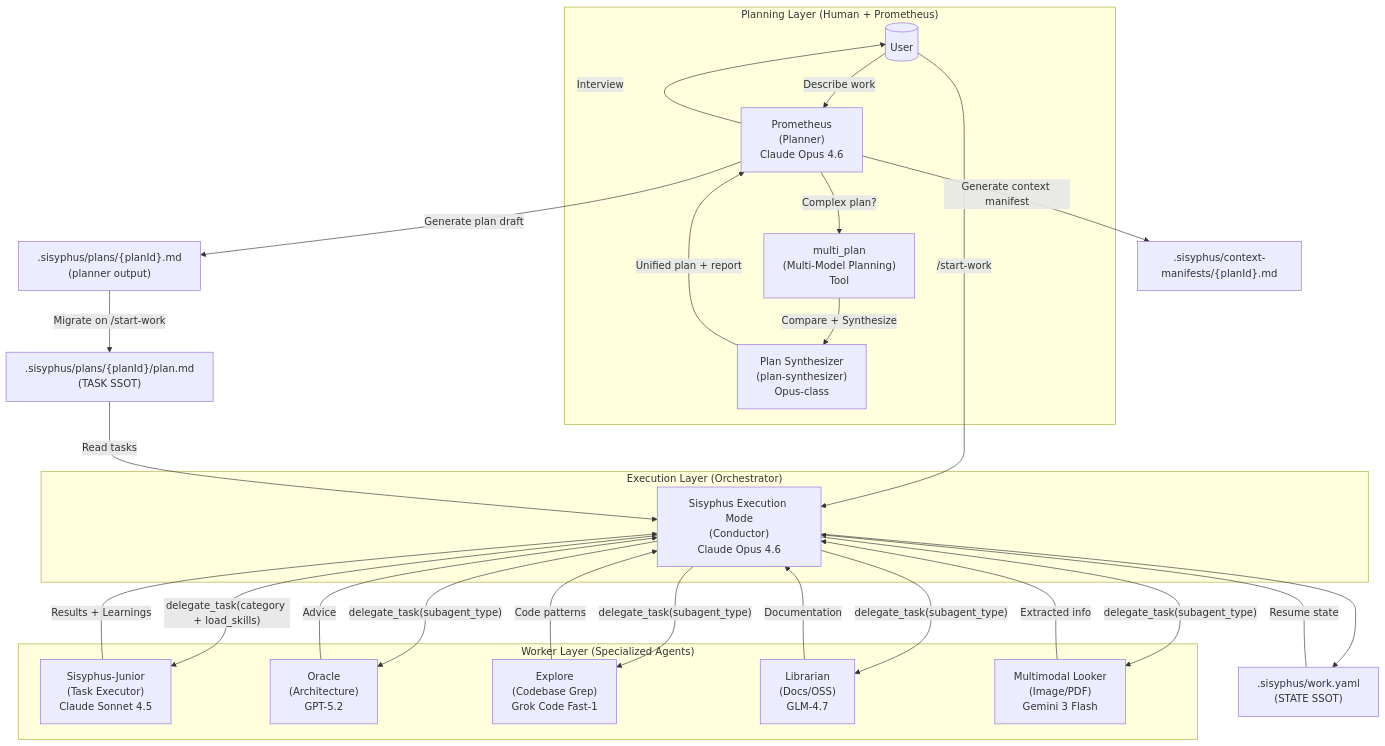
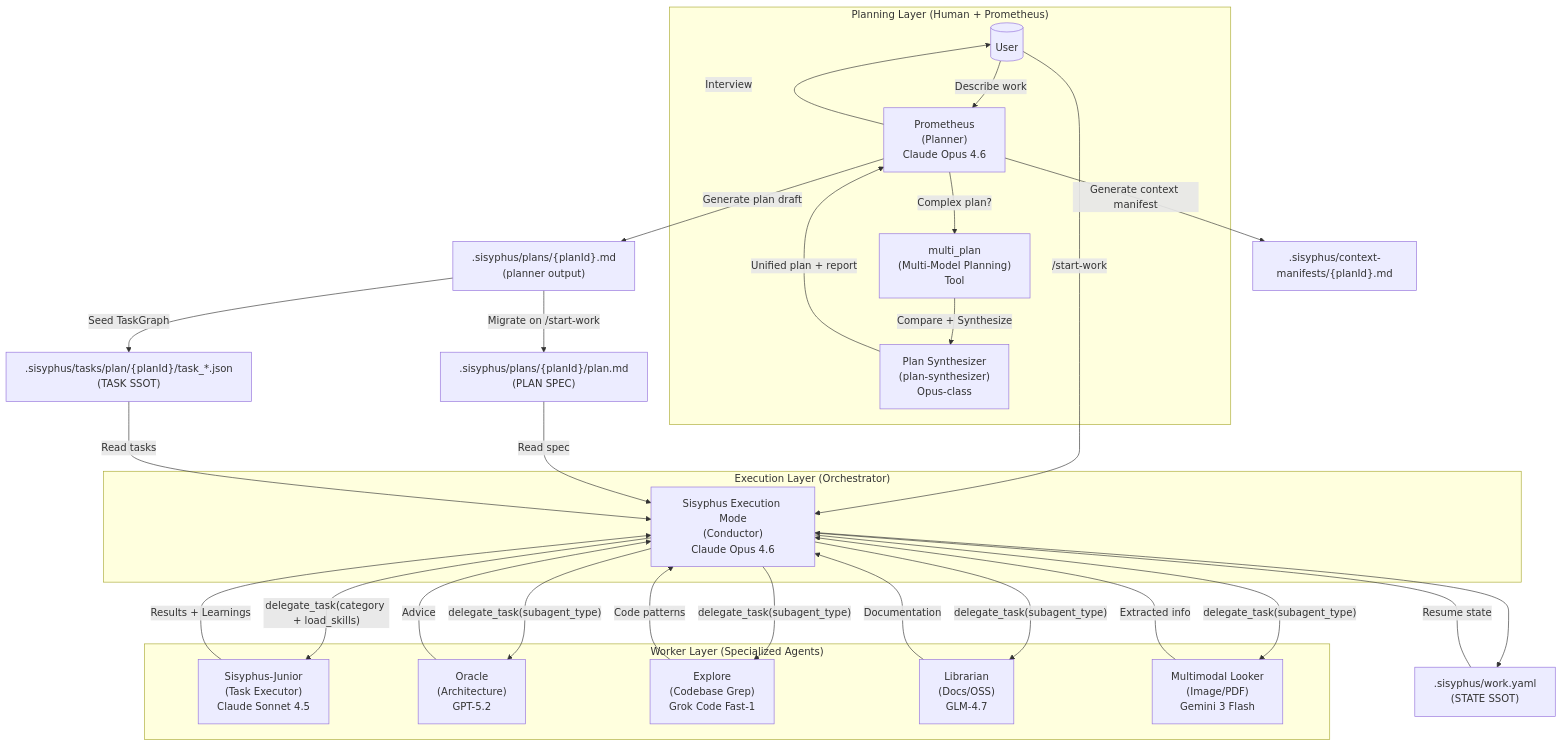
The first of 4 diagrams in docs/guide/understanding-orchestration-system.md (arcthur/oh-my-opencode), drawn with Mermaid before and after one commit. The commit also changed other lines of this file and 171 other files, not shown here.

First line of the commit message:
refactor(task-graph): hard switch to TaskGraph V2 SSOT

````diff
--- a/docs/guide/understanding-orchestration-system.md
+++ b/docs/guide/understanding-orchestration-system.md
@@ -22,47 +22,49 @@
 ```mermaid
 flowchart TB
     subgraph Planning["Planning Layer (Human + Prometheus)"]
         User[("User")]
         Prometheus["Prometheus<br/>(Planner)<br/>Claude Opus 4.6"]
         MultiPlan["multi_plan<br/>(Multi-Model Planning)<br/>Tool"]
         Synth["Plan Synthesizer<br/>(plan-synthesizer)<br/>Opus-class"]
     end
     
     subgraph Execution["Execution Layer (Orchestrator)"]
         Orchestrator["Sisyphus Execution Mode<br/>(Conductor)<br/>Claude Opus 4.6"]
     end
     
     subgraph Workers["Worker Layer (Specialized Agents)"]
         Junior["Sisyphus-Junior<br/>(Task Executor)<br/>Claude Sonnet 4.5"]
         Oracle["Oracle<br/>(Architecture)<br/>GPT-5.2"]
         Explore["Explore<br/>(Codebase Grep)<br/>Grok Code Fast-1"]
         Librarian["Librarian<br/>(Docs/OSS)<br/>GLM-4.7"]
         Multimodal["Multimodal Looker<br/>(Image/PDF)<br/>Gemini 3 Flash"]
     end
     
     User -->|"Describe work"| Prometheus
     Prometheus -->|"Interview"| User
     Prometheus -->|"Generate plan draft"| PlanDraft[".sisyphus/plans/{planId}.md<br/>(planner output)"]
     Prometheus -->|"Generate context manifest"| Manifest[".sisyphus/context-manifests/{planId}.md"]
     Prometheus -->|"Complex plan?"| MultiPlan
     MultiPlan -->|"Compare + Synthesize"| Synth
     Synth -->|"Unified plan + report"| Prometheus
     
     User -->|"/start-work"| Orchestrator
     Orchestrator --> WorkState[".sisyphus/work.yaml<br/>(STATE SSOT)"]
-    PlanDraft -->|"Migrate on /start-work"| Plan[".sisyphus/plans/{planId}/plan.md<br/>(TASK SSOT)"]
-    Plan -->|"Read tasks"| Orchestrator
+    PlanDraft -->|"Migrate on /start-work"| Plan[".sisyphus/plans/{planId}/plan.md<br/>(PLAN SPEC)"]
+    PlanDraft -->|"Seed TaskGraph"| TaskGraph[".sisyphus/tasks/plan/{planId}/task_*.json<br/>(TASK SSOT)"]
+    Plan -->|"Read spec"| Orchestrator
+    TaskGraph -->|"Read tasks"| Orchestrator
     WorkState -->|"Resume state"| Orchestrator
     
     Orchestrator -->|"delegate_task(category + load_skills)"| Junior
     Orchestrator -->|"delegate_task(subagent_type)"| Oracle
     Orchestrator -->|"delegate_task(subagent_type)"| Explore
     Orchestrator -->|"delegate_task(subagent_type)"| Librarian
     Orchestrator -->|"delegate_task(subagent_type)"| Multimodal
     
     Junior -->|"Results + Learnings"| Orchestrator
     Oracle -->|"Advice"| Orchestrator
     Explore -->|"Code patterns"| Orchestrator
     Librarian -->|"Documentation"| Orchestrator
     Multimodal -->|"Extracted info"| Orchestrator
 ```
````
